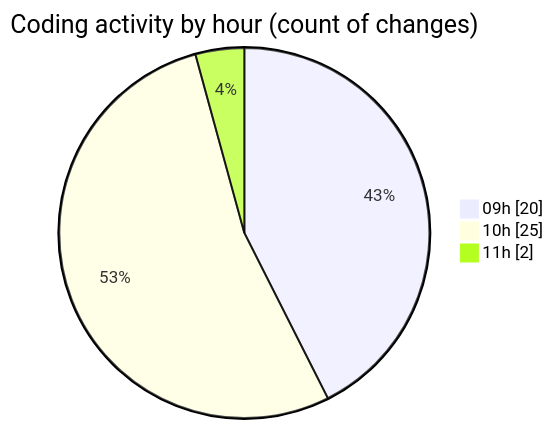
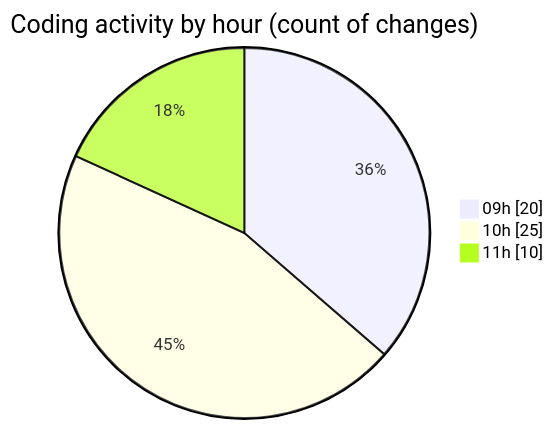
One commit to momahboobian/code-tracking changed the second of 2 diagrams in 2026-05-13/cda/README.md. Above: the diagram before and after it, drawn with Mermaid. The commit also changed other lines of this file and 1 other file, not shown here.

````diff
--- a/2026-05-13/cda/README.md
+++ b/2026-05-13/cda/README.md
@@ -34,7 +34,7 @@
 ```mermaid
 pie showData
 title Coding activity by hour (count of changes)
 "09h" : 20
 "10h" : 25
-"11h" : 2
+"11h" : 10
 ```
````
